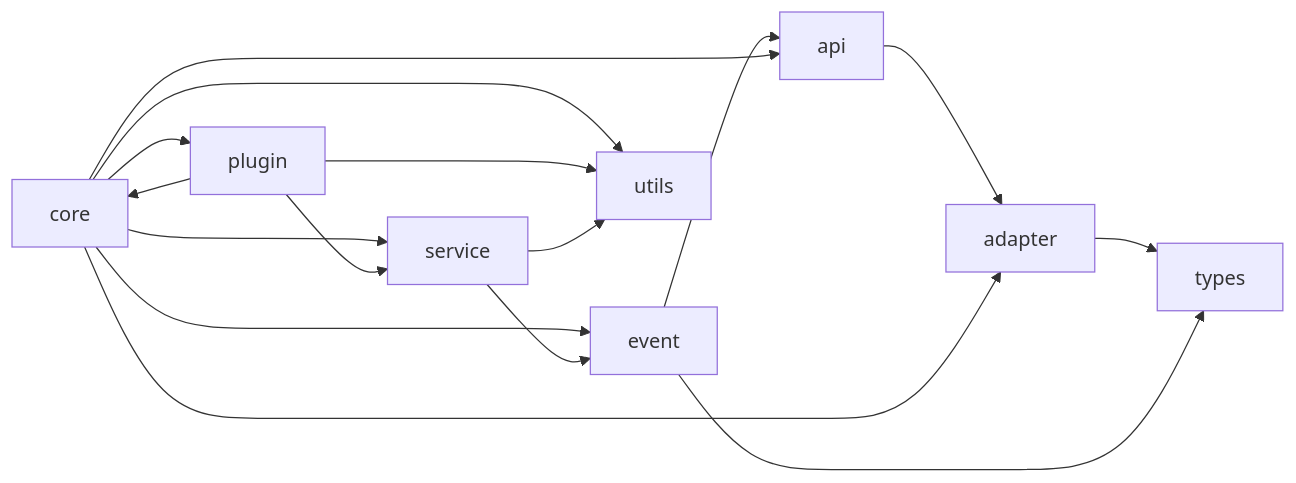
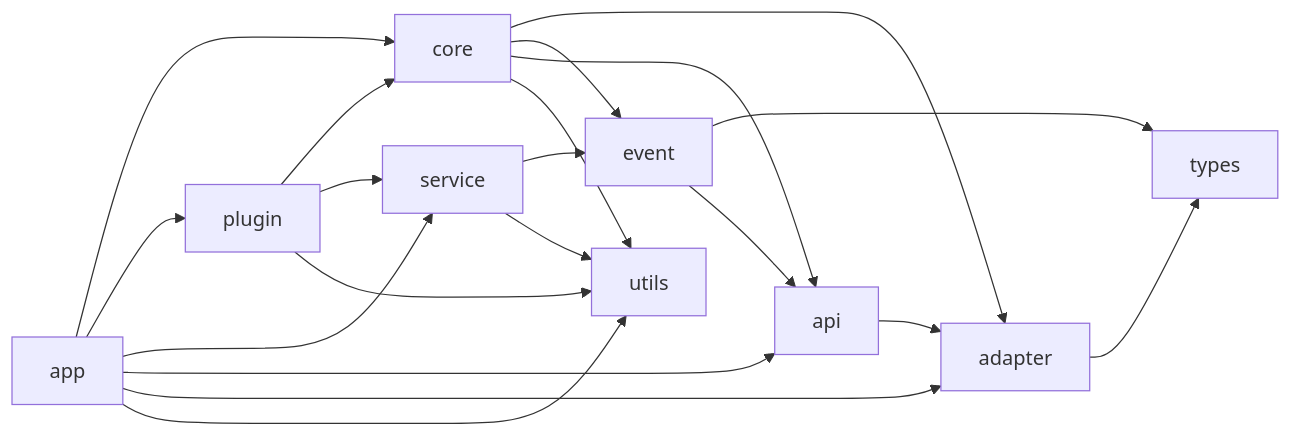
One commit to Sparrived/ncatbot changed the second of 13 diagrams in docs/architecture.md. Above: the diagram before and after it, drawn with Mermaid. The commit also changed other lines of this file, not shown here.

First line of the commit message:
docs: update architecture for app/ layer and split event flow diagrams

````diff
--- a/docs/architecture.md
+++ b/docs/architecture.md
@@ -142,27 +151,32 @@
 ```mermaid
 graph LR
+    app["app"]
     adapter["adapter"]
     types["types"]
     event["event"]
     api["api"]
     core["core"]
     plugin["plugin"]
     service["service"]
     utils["utils"]
 
+    app --> core
+    app --> plugin
+    app --> service
+    app --> api
+    app --> adapter
     adapter --> types
     event --> types
     event --> api
     api --> adapter
     core --> adapter
     core --> event
     core --> api
-    core --> plugin
-    core --> service
     plugin --> core
     plugin --> service
     service --> event
     core --> utils
     plugin --> utils
     service --> utils
+    app --> utils
 ```
````
